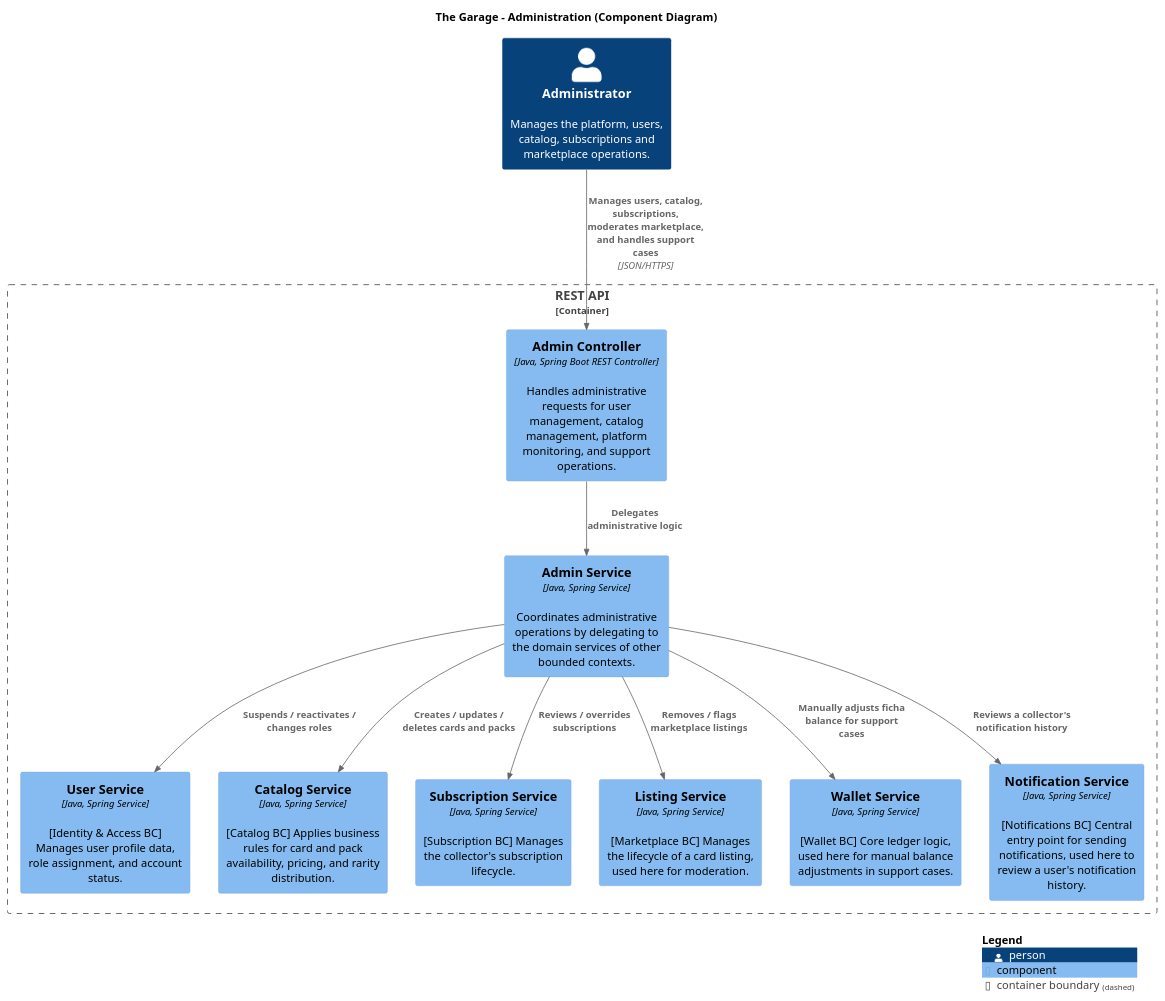
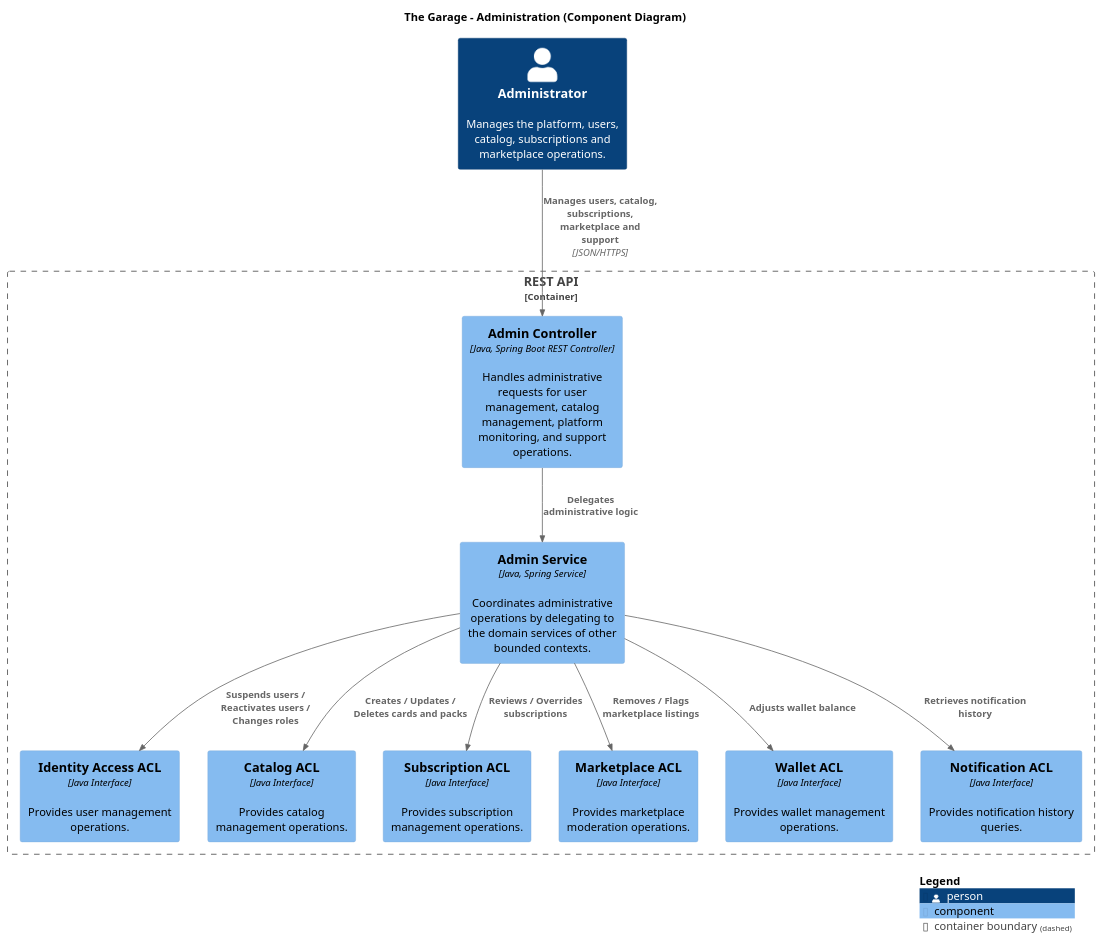
Before and after one commit to the-garage-studio/the-garage-c4-model-design: the diagram in diagrams/ComponentDiagrams/Administration-ComponentDiagram.puml, drawn with PlantUML. The commit also changed 7 other files, not shown here.

Commit message:
feat: update the components diagrams

```diff
--- a/diagrams/ComponentDiagrams/Administration-ComponentDiagram.puml
+++ b/diagrams/ComponentDiagrams/Administration-ComponentDiagram.puml
@@ -1,37 +1,45 @@
 @startuml Administration-ComponentDiagram
 !include https://raw.githubusercontent.com/plantuml-stdlib/C4-PlantUML/master/C4_Component.puml
 
 LAYOUT_WITH_LEGEND()
 
 title The Garage - Administration (Component Diagram)
 
 Person(admin, "Administrator", "Manages the platform, users, catalog, subscriptions and marketplace operations.")
 
 Container_Boundary(api, "REST API") {
 
     Component(admin_controller, "Admin Controller", "Java, Spring Boot REST Controller", "Handles administrative requests for user management, catalog management, platform monitoring, and support operations.")
 
     Component(admin_service, "Admin Service", "Java, Spring Service", "Coordinates administrative operations by delegating to the domain services of other bounded contexts.")
 
-    Component(user_service, "User Service", "Java, Spring Service", "[Identity & Access BC] Manages user profile data, role assignment, and account status.")
-    Component(catalog_service, "Catalog Service", "Java, Spring Service", "[Catalog BC] Applies business rules for card and pack availability, pricing, and rarity distribution.")
-    Component(subscription_service, "Subscription Service", "Java, Spring Service", "[Subscription BC] Manages the collector's subscription lifecycle.")
-    Component(listing_service, "Listing Service", "Java, Spring Service", "[Marketplace BC] Manages the lifecycle of a card listing, used here for moderation.")
-    Component(wallet_service, "Wallet Service", "Java, Spring Service", "[Wallet BC] Core ledger logic, used here for manual balance adjustments in support cases.")
-    Component(notification_service, "Notification Service", "Java, Spring Service", "[Notifications BC] Central entry point for sending notifications, used here to review a user's notification history.")
+    Component(identity_acl,"Identity Access ACL","Java Interface","Provides user management operations.")
+    Component(catalog_acl, "Catalog ACL","Java Interface","Provides catalog management operations.")
+
+    Component(subscription_acl,"Subscription ACL","Java Interface","Provides subscription management operations.")
+
+    Component(marketplace_acl,"Marketplace ACL","Java Interface","Provides marketplace moderation operations.")
+
+    Component(wallet_acl,"Wallet ACL","Java Interface","Provides wallet management operations.")
+
+    Component(notification_acl,"Notification ACL","Java Interface","Provides notification history queries.")
 }
 
-Rel(admin, admin_controller, "Manages users, catalog, subscriptions, moderates marketplace, and handles support cases", "JSON/HTTPS")
+Rel(admin, admin_controller,"Manages users, catalog, subscriptions, marketplace and support","JSON/HTTPS")
 
-Rel(admin_controller, admin_service, "Delegates administrative logic")
+Rel(admin_controller, admin_service,"Delegates administrative logic")
 
-Rel(admin_service, user_service, "Suspends / reactivates / changes roles")
-Rel(admin_service, catalog_service, "Creates / updates / deletes cards and packs")
-Rel(admin_service, subscription_service, "Reviews / overrides subscriptions")
-Rel(admin_service, listing_service, "Removes / flags marketplace listings")
-Rel(admin_service, wallet_service, "Manually adjusts ficha balance for support cases")
-Rel(admin_service, notification_service, "Reviews a collector's notification history")
+Rel(admin_service, identity_acl,"Suspends users / Reactivates users / Changes roles")
 
+Rel(admin_service, catalog_acl,"Creates / Updates / Deletes cards and packs")
+
+Rel(admin_service, subscription_acl,"Reviews / Overrides subscriptions")
+
+Rel(admin_service, marketplace_acl,"Removes / Flags marketplace listings")
+
+Rel(admin_service, wallet_acl,"Adjusts wallet balance")
+
+Rel(admin_service, notification_acl,"Retrieves notification history")
 
 SHOW_LEGEND()
 @enduml
```
